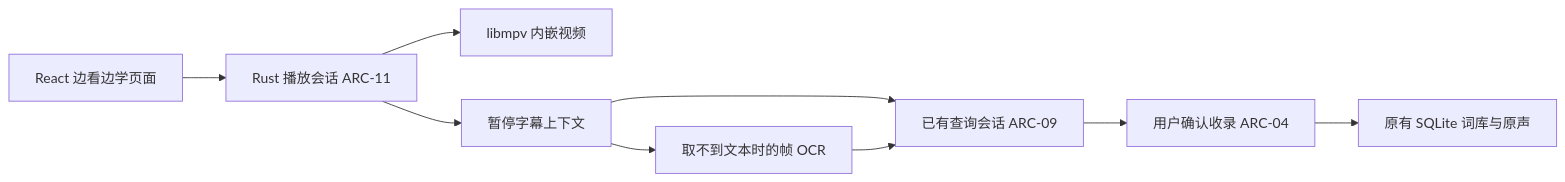
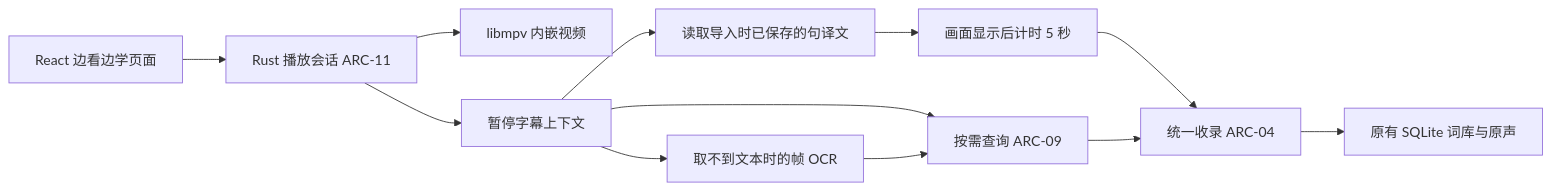
The diagram in docs/design/watch-and-learn.md (ananba1985/SubtitleVocabularyList), drawn with Mermaid before and after one commit. The commit also changed other lines of this file and 8 other files, not shown here.

````diff
--- a/docs/design/watch-and-learn.md
+++ b/docs/design/watch-and-learn.md
@@ -37,11 +39,14 @@
 ```mermaid
 flowchart LR
     A[React 边看边学页面] --> B[Rust 播放会话 ARC-11]
     B --> C[libmpv 内嵌视频]
     B --> D[暂停字幕上下文]
-    D --> E[已有查询会话 ARC-09]
+    D --> I[读取导入时已保存的句译文]
+    I --> J[画面显示后计时 5 秒]
+    J --> G[统一收录 ARC-04]
+    D --> E[按需查询 ARC-09]
     D --> F[取不到文本时的帧 OCR]
     F --> E
-    E --> G[用户确认收录 ARC-04]
+    E --> G
     G --> H[原有 SQLite 词库与原声]
 ```
````
